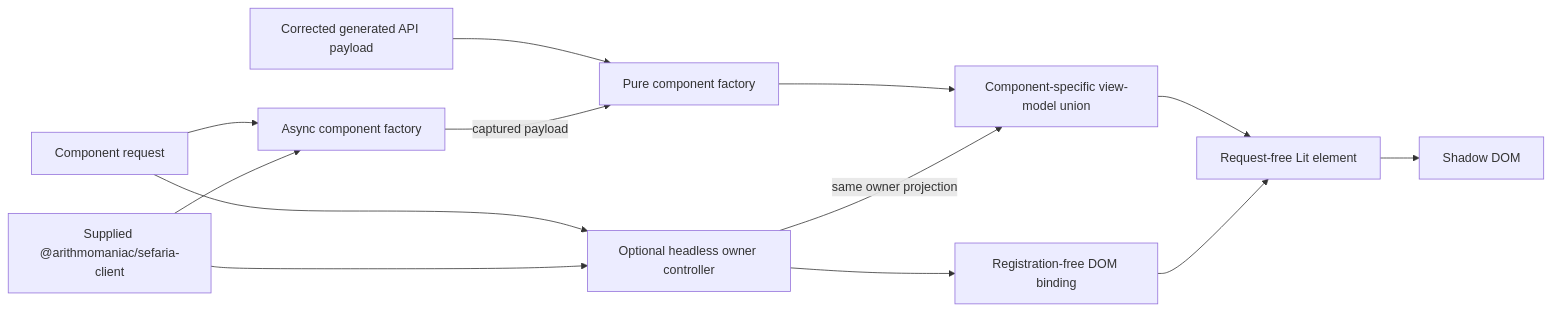
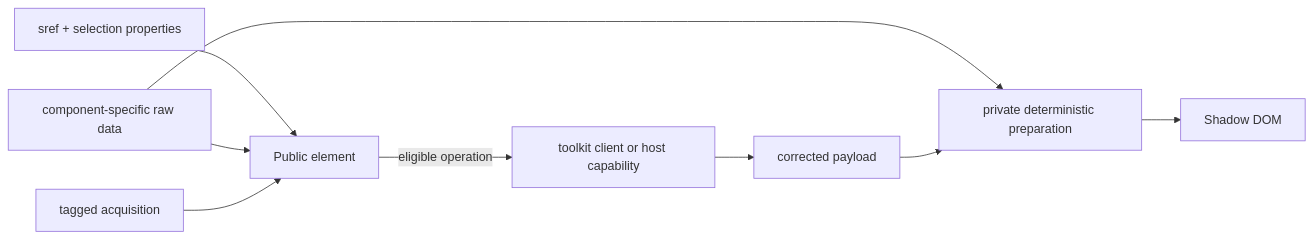
The diagram in docs/specs/components.md (Arithmomaniac/sefaria-frontend-toolkit), drawn with Mermaid before and after one commit. The commit also changed other lines of this file and 188 other files, not shown here.

````diff
--- a/docs/specs/components.md
+++ b/docs/specs/components.md
@@ -13,15 +15,11 @@
 ```mermaid
 flowchart LR
-    PAYLOAD["Corrected generated API payload"] --> PURE["Pure component factory"]
-    PURE --> VM["Component-specific view-model union"]
-    VM --> ELEMENT["Request-free Lit element"]
-    ELEMENT --> DOM["Shadow DOM"]
-    REQUEST["Component request"] --> ASYNC["Async component factory"]
-    CLIENT["Supplied @arithmomaniac/sefaria-client"] --> ASYNC
-    ASYNC -->|"captured payload"| PURE
-    REQUEST --> CONTROLLER["Optional headless owner controller"]
-    CLIENT --> CONTROLLER
-    CONTROLLER -->|"same owner projection"| VM
-    CONTROLLER --> BINDING["Registration-free DOM binding"]
-    BINDING --> ELEMENT
+    SREF["sref + selection properties"] --> ELEMENT["Public element"]
+    DATA["component-specific raw data"] --> ELEMENT
+    SOURCE["tagged acquisition"] --> ELEMENT
+    ELEMENT -->|"eligible operation"| TRANSPORT["toolkit client or host capability"]
+    TRANSPORT --> PAYLOAD["corrected payload"]
+    DATA --> PREP["private deterministic preparation"]
+    PAYLOAD --> PREP
+    PREP --> DOM["Shadow DOM"]
 ```
````
